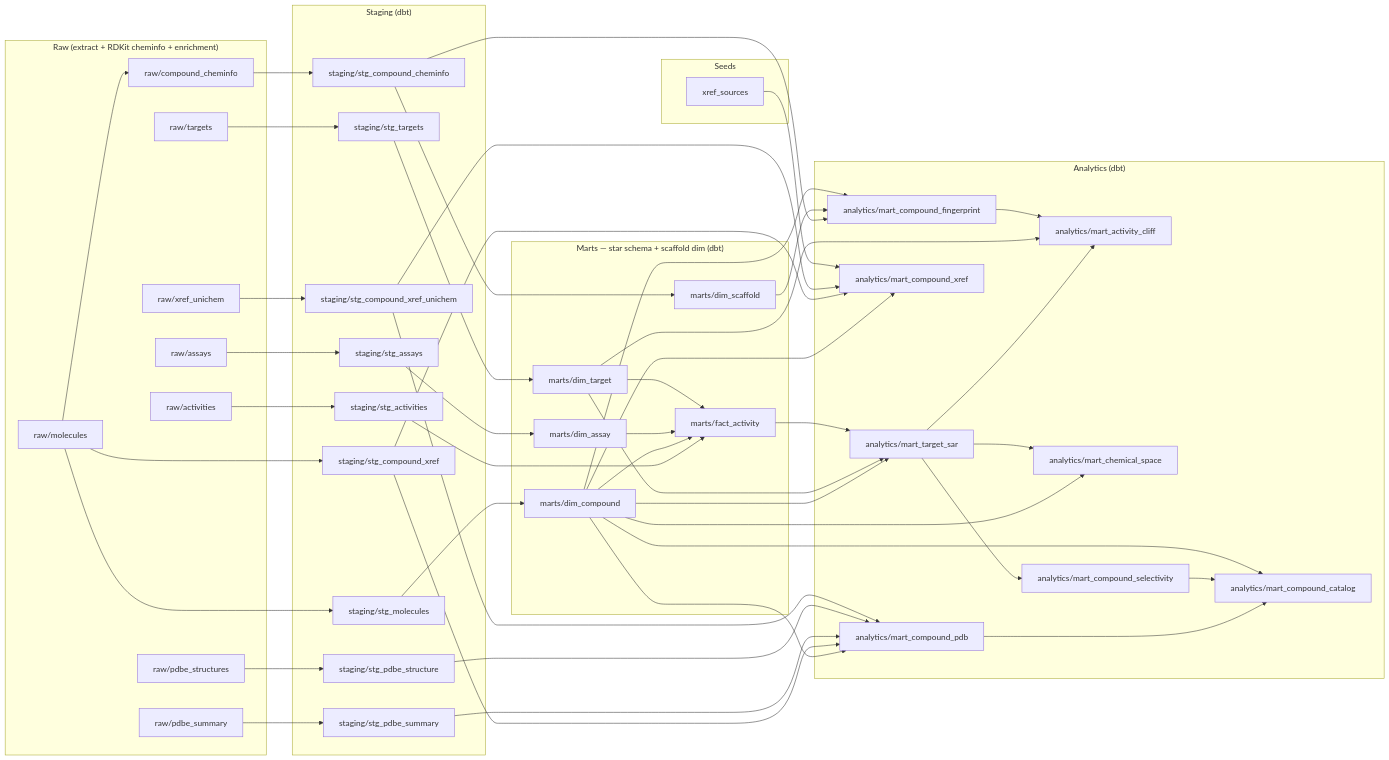
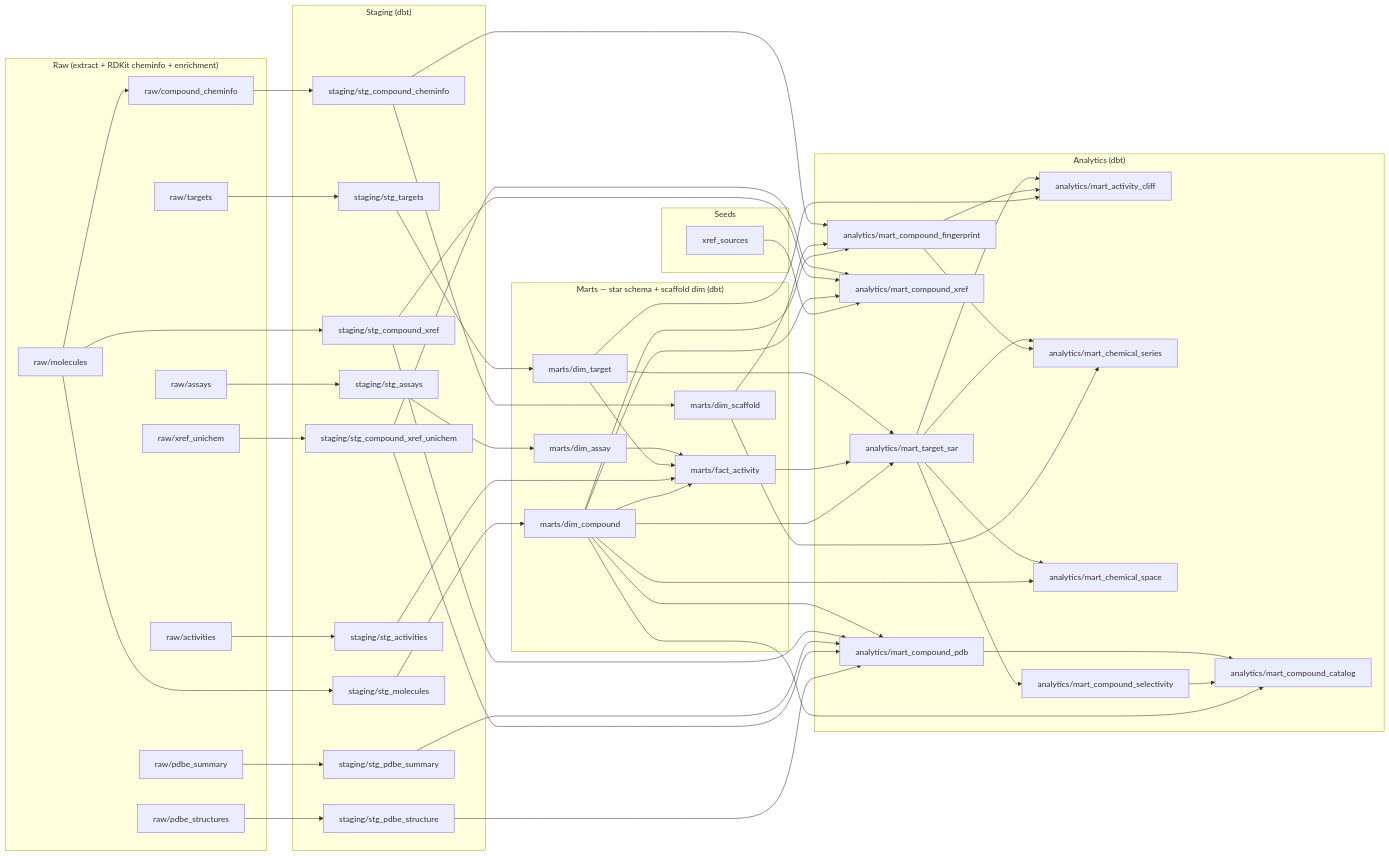
The diagram in docs/ORCHESTRATION.md (Knusperftw/SARVault), drawn with Mermaid before and after one commit. The commit also changed 15 other files, not shown here.

Commit message:
feat(sar): chemical-series mart + page (F1.3); remove all app emojis

```diff
--- a/docs/ORCHESTRATION.md
+++ b/docs/ORCHESTRATION.md
@@ -49,6 +49,7 @@
   end
   subgraph analytics["Analytics (dbt)"]
     analytics_mart_activity_cliff["analytics/mart_activity_cliff"]
+    analytics_mart_chemical_series["analytics/mart_chemical_series"]
     analytics_mart_chemical_space["analytics/mart_chemical_space"]
     analytics_mart_compound_catalog["analytics/mart_compound_catalog"]
     analytics_mart_compound_fingerprint["analytics/mart_compound_fingerprint"]
@@ -60,38 +61,41 @@
   subgraph seed["Seeds"]
     xref_sources["xref_sources"]
   end
-  analytics_mart_target_sar --> analytics_mart_activity_cliff
   marts_dim_target --> analytics_mart_activity_cliff
   analytics_mart_compound_fingerprint --> analytics_mart_activity_cliff
+  analytics_mart_target_sar --> analytics_mart_activity_cliff
+  marts_dim_scaffold --> analytics_mart_chemical_series
+  analytics_mart_compound_fingerprint --> analytics_mart_chemical_series
+  analytics_mart_target_sar --> analytics_mart_chemical_series
   marts_dim_compound --> analytics_mart_chemical_space
   analytics_mart_target_sar --> analytics_mart_chemical_space
+  marts_dim_compound --> analytics_mart_compound_catalog
+  analytics_mart_compound_selectivity --> analytics_mart_compound_catalog
   analytics_mart_compound_pdb --> analytics_mart_compound_catalog
-  analytics_mart_compound_selectivity --> analytics_mart_compound_catalog
-  marts_dim_compound --> analytics_mart_compound_catalog
+  marts_dim_compound --> analytics_mart_compound_fingerprint
+  marts_dim_scaffold --> analytics_mart_compound_fingerprint
   staging_stg_compound_cheminfo --> analytics_mart_compound_fingerprint
-  marts_dim_scaffold --> analytics_mart_compound_fingerprint
-  marts_dim_compound --> analytics_mart_compound_fingerprint
-  marts_dim_compound --> analytics_mart_compound_pdb
-  staging_stg_compound_xref --> analytics_mart_compound_pdb
-  staging_stg_pdbe_summary --> analytics_mart_compound_pdb
   staging_stg_pdbe_structure --> analytics_mart_compound_pdb
   staging_stg_compound_xref_unichem --> analytics_mart_compound_pdb
+  staging_stg_pdbe_summary --> analytics_mart_compound_pdb
+  staging_stg_compound_xref --> analytics_mart_compound_pdb
+  marts_dim_compound --> analytics_mart_compound_pdb
   analytics_mart_target_sar --> analytics_mart_compound_selectivity
+  xref_sources --> analytics_mart_compound_xref
   marts_dim_compound --> analytics_mart_compound_xref
   staging_stg_compound_xref --> analytics_mart_compound_xref
   staging_stg_compound_xref_unichem --> analytics_mart_compound_xref
-  xref_sources --> analytics_mart_compound_xref
   marts_dim_compound --> analytics_mart_target_sar
+  marts_fact_activity --> analytics_mart_target_sar
   marts_dim_target --> analytics_mart_target_sar
-  marts_fact_activity --> analytics_mart_target_sar
   staging_stg_assays --> marts_dim_assay
   staging_stg_molecules --> marts_dim_compound
   staging_stg_compound_cheminfo --> marts_dim_scaffold
   staging_stg_targets --> marts_dim_target
+  marts_dim_compound --> marts_fact_activity
   staging_stg_activities --> marts_fact_activity
-  marts_dim_compound --> marts_fact_activity
+  marts_dim_target --> marts_fact_activity
   marts_dim_assay --> marts_fact_activity
-  marts_dim_target --> marts_fact_activity
   raw_molecules --> raw_compound_cheminfo
   raw_activities --> staging_stg_activities
   raw_assays --> staging_stg_assays
```
